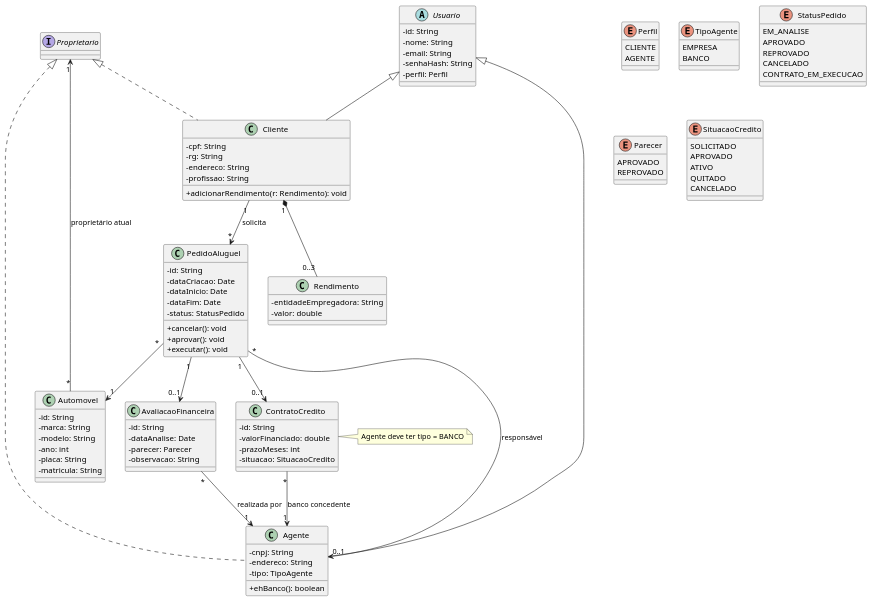
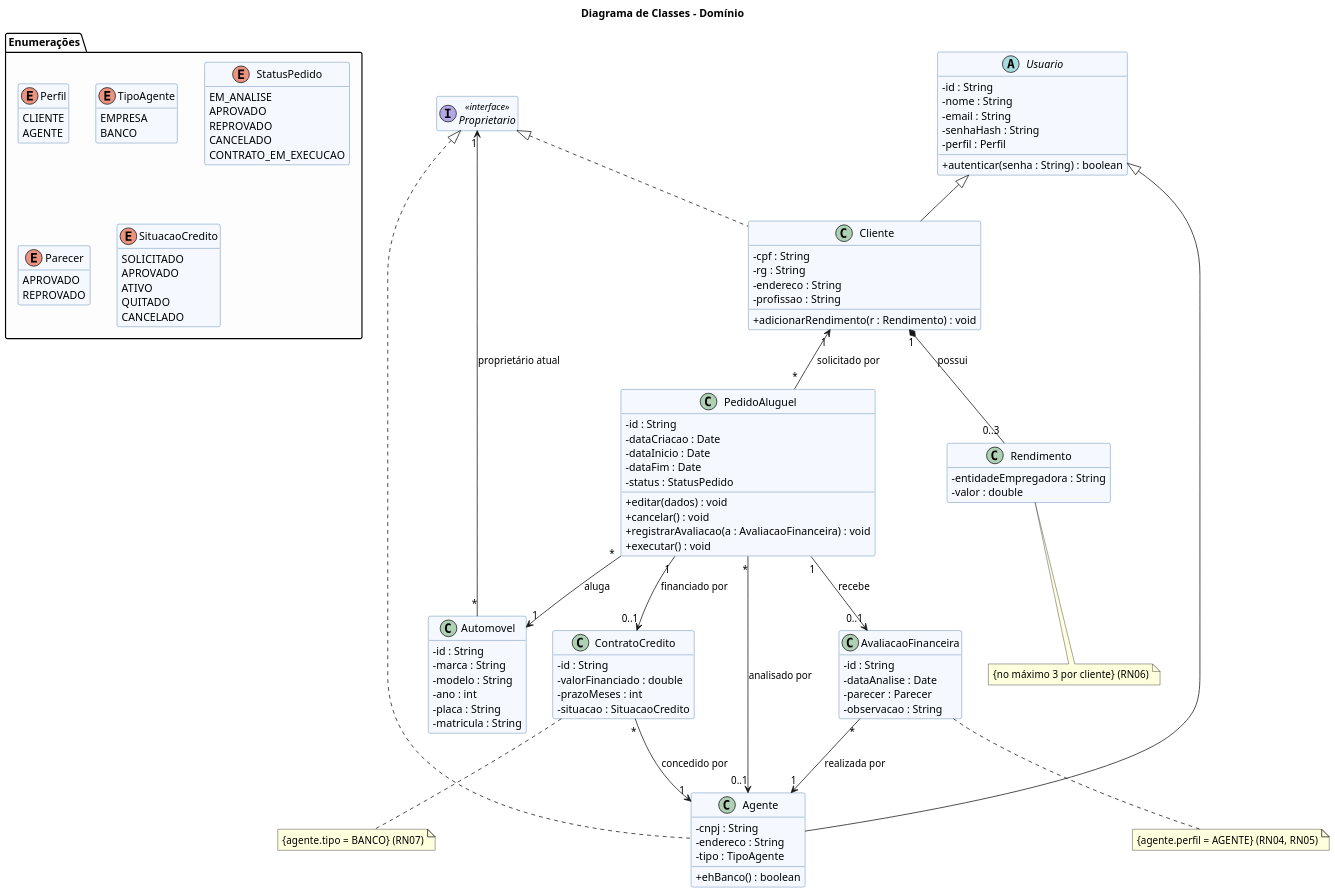
One commit to annaluizapsilva-03/Aluguel-automoveis changed the diagram in docs/diagramas/classes.puml. Above: the diagram before and after it, drawn with PlantUML. The commit also changed 22 other files, not shown here.

```diff
--- a/docs/diagramas/classes.puml
+++ b/docs/diagramas/classes.puml
@@ -1,110 +1,125 @@
 @startuml classes
+title Diagrama de Classes - Domínio
+skinparam shadowing false
+skinparam dpi 130
 skinparam classAttributeIconSize 0
+skinparam class {
+  BackgroundColor #F5F9FF
+  BorderColor #3A6EA5
+}
+hide empty members
 
-enum Perfil {
+package "Enumerações" #FDFDFD {
+  enum Perfil {
   CLIENTE
   AGENTE
 }
-enum TipoAgente {
+  enum TipoAgente {
   EMPRESA
   BANCO
 }
-enum StatusPedido {
+  enum StatusPedido {
   EM_ANALISE
   APROVADO
   REPROVADO
   CANCELADO
   CONTRATO_EM_EXECUCAO
 }
-enum Parecer {
+  enum Parecer {
   APROVADO
   REPROVADO
 }
-enum SituacaoCredito {
+  enum SituacaoCredito {
   SOLICITADO
   APROVADO
   ATIVO
   QUITADO
   CANCELADO
 }
+}
 
-interface Proprietario
+interface Proprietario <<interface>>
 
 abstract class Usuario {
-  - id: String
-  - nome: String
-  - email: String
-  - senhaHash: String
-  - perfil: Perfil
+  - id : String
+  - nome : String
+  - email : String
+  - senhaHash : String
+  - perfil : Perfil
+  + autenticar(senha : String) : boolean
 }
 
 class Cliente {
-  - cpf: String
-  - rg: String
-  - endereco: String
-  - profissao: String
-  + adicionarRendimento(r: Rendimento): void
+  - cpf : String
+  - rg : String
+  - endereco : String
+  - profissao : String
+  + adicionarRendimento(r : Rendimento) : void
 }
 
 class Agente {
-  - cnpj: String
-  - endereco: String
-  - tipo: TipoAgente
-  + ehBanco(): boolean
+  - cnpj : String
+  - endereco : String
+  - tipo : TipoAgente
+  + ehBanco() : boolean
 }
 
 class Rendimento {
-  - entidadeEmpregadora: String
-  - valor: double
+  - entidadeEmpregadora : String
+  - valor : double
 }
 
 class Automovel {
-  - id: String
-  - marca: String
-  - modelo: String
-  - ano: int
-  - placa: String
-  - matricula: String
+  - id : String
+  - marca : String
+  - modelo : String
+  - ano : int
+  - placa : String
+  - matricula : String
 }
 
 class PedidoAluguel {
-  - id: String
-  - dataCriacao: Date
-  - dataInicio: Date
-  - dataFim: Date
-  - status: StatusPedido
-  + cancelar(): void
-  + aprovar(): void
-  + executar(): void
+  - id : String
+  - dataCriacao : Date
+  - dataInicio : Date
+  - dataFim : Date
+  - status : StatusPedido
+  + editar(dados) : void
+  + cancelar() : void
+  + registrarAvaliacao(a : AvaliacaoFinanceira) : void
+  + executar() : void
 }
 
 class AvaliacaoFinanceira {
-  - id: String
-  - dataAnalise: Date
-  - parecer: Parecer
-  - observacao: String
+  - id : String
+  - dataAnalise : Date
+  - parecer : Parecer
+  - observacao : String
 }
 
 class ContratoCredito {
-  - id: String
-  - valorFinanciado: double
-  - prazoMeses: int
-  - situacao: SituacaoCredito
+  - id : String
+  - valorFinanciado : double
+  - prazoMeses : int
+  - situacao : SituacaoCredito
 }
 
 Usuario <|-- Cliente
 Usuario <|-- Agente
 Proprietario <|.. Cliente
 Proprietario <|.. Agente
 
-Cliente "1" *-- "0..3" Rendimento
+Cliente "1" *-- "0..3" Rendimento : possui
 Automovel "*" --> "1" Proprietario : proprietário atual
-Cliente "1" --> "*" PedidoAluguel : solicita
-PedidoAluguel "*" --> "1" Automovel
-PedidoAluguel "*" --> "0..1" Agente : responsável
-PedidoAluguel "1" --> "0..1" AvaliacaoFinanceira
+Cliente "1" <-- "*" PedidoAluguel : solicitado por
+PedidoAluguel "*" --> "1" Automovel : aluga
+PedidoAluguel "*" --> "0..1" Agente : analisado por
+PedidoAluguel "1" --> "0..1" AvaliacaoFinanceira : recebe
 AvaliacaoFinanceira "*" --> "1" Agente : realizada por
-PedidoAluguel "1" --> "0..1" ContratoCredito
-ContratoCredito "*" --> "1" Agente : banco concedente
-note right of ContratoCredito : Agente deve ter tipo = BANCO
+PedidoAluguel "1" --> "0..1" ContratoCredito : financiado por
+ContratoCredito "*" --> "1" Agente : concedido por
+
+note bottom of ContratoCredito : {agente.tipo = BANCO}  (RN07)
+note bottom of Rendimento : {no máximo 3 por cliente}  (RN06)
+note bottom of AvaliacaoFinanceira : {agente.perfil = AGENTE}  (RN04, RN05)
 @enduml
```
